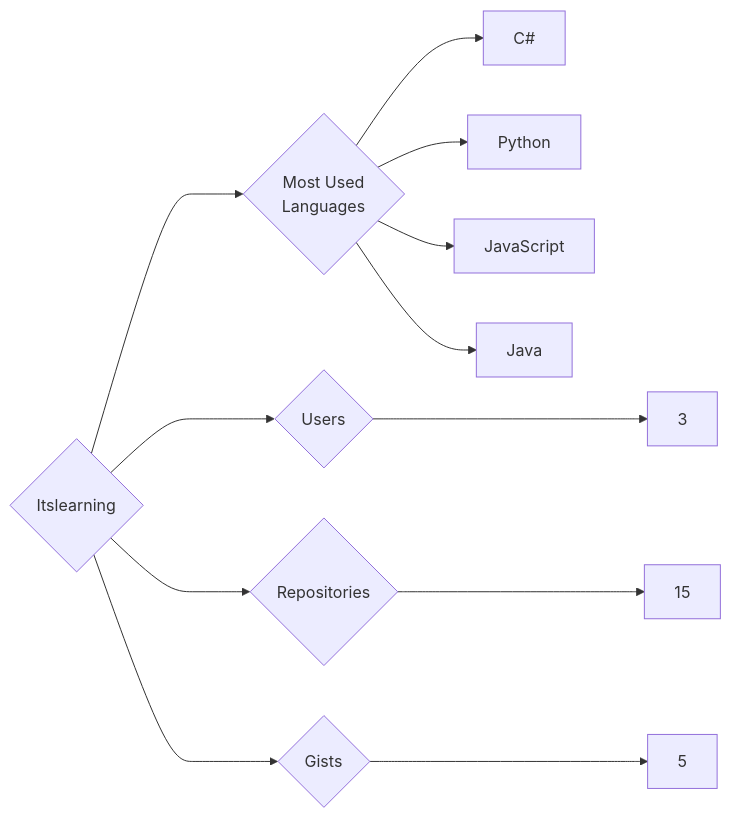
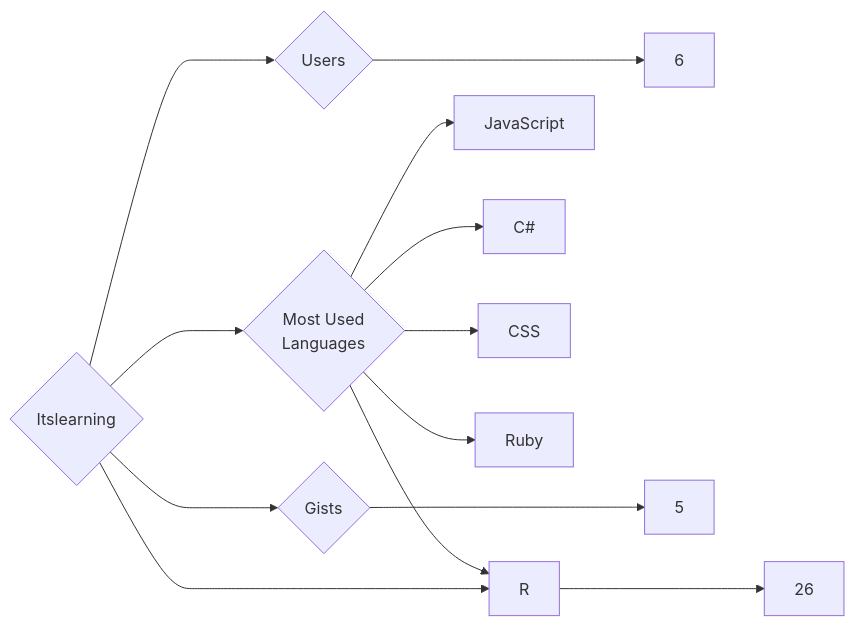
One commit to trickest/insiders changed the diagram in targets/Itslearning/README.md. Above: the diagram before and after it, drawn with Mermaid. The commit also changed 1088 other files, not shown here.

````diff
--- a/targets/Itslearning/README.md
+++ b/targets/Itslearning/README.md
@@ -3,12 +3,13 @@
 ```mermaid
 graph LR
 COMPANY_NAME{Itslearning}
-COMPANY_NAME ---> U{Users} ---> UN[3]
-COMPANY_NAME ---> R{Repositories} ---> RN[15]
+COMPANY_NAME ---> U{Users} ---> UN[6]
+COMPANY_NAME ---> R{Repositories} ---> RN[26]
 COMPANY_NAME ---> G{Gists} ---> GN[5]
 COMPANY_NAME ---> ML{Most Used<br>Languages}
+ML --> JavaScript[JavaScript]
 ML --> C#[C#]
-ML --> Python[Python]
-ML --> JavaScript[JavaScript]
-ML --> Java[Java]
+ML --> CSS[CSS]
+ML --> Ruby[Ruby]
+ML --> R[R]
 ```
````
